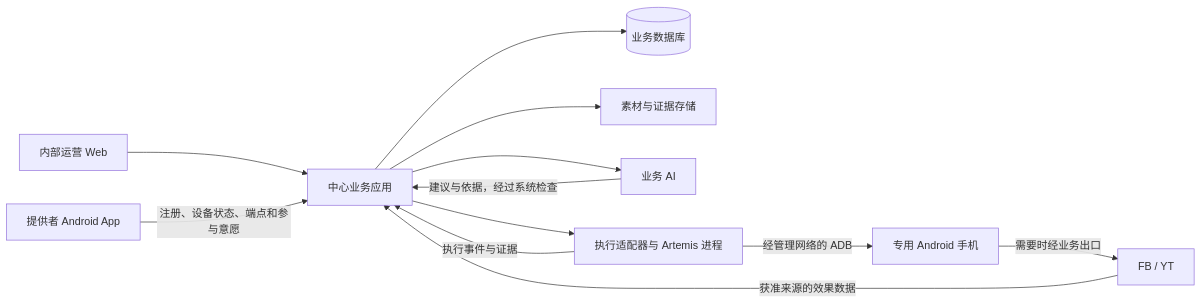
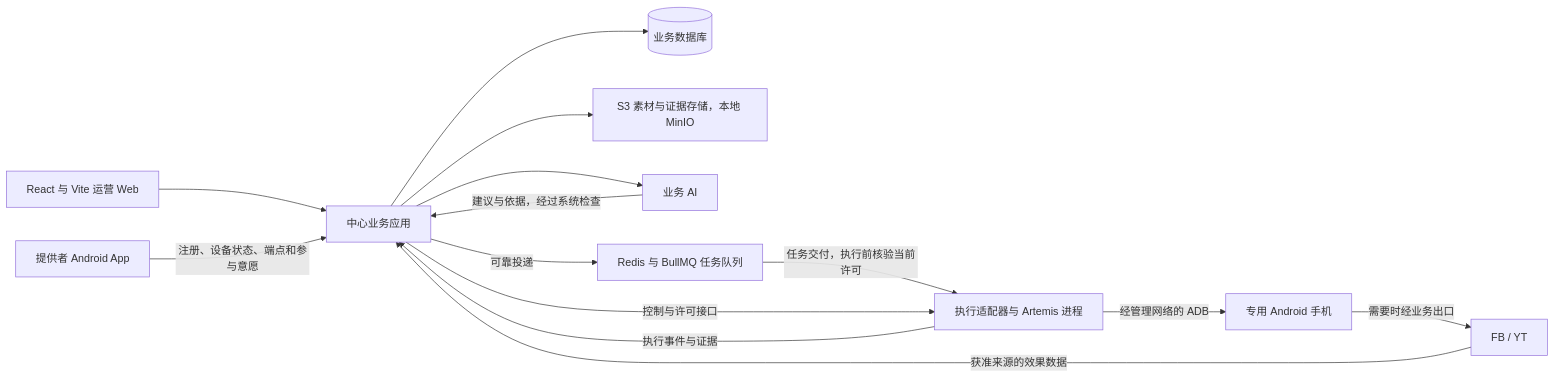
The diagram in docs/technical-design.md (linghuxj/SocialGrowth), drawn with Mermaid before and after one commit. The commit also changed other lines of this file and 96 other files, not shown here.

````diff
--- a/docs/technical-design.md
+++ b/docs/technical-design.md
@@ -9,14 +15,16 @@
 ```mermaid
 flowchart LR
-    O[内部运营 Web] --> C[中心业务应用]
+    O[React 与 Vite 运营 Web] --> C[中心业务应用]
     A[提供者 Android App] -->|注册、设备状态、端点和参与意愿| C
     C --> D[(业务数据库)]
-    C --> S[素材与证据存储]
+    C --> S[S3 素材与证据存储，本地 MinIO]
     C --> B[业务 AI]
     B -->|建议与依据，经过系统检查| C
-    C --> R[执行适配器与 Artemis 进程]
+    C -->|可靠投递| Q[Redis 与 BullMQ 任务队列]
+    Q -->|任务交付，执行前核验当前许可| R[执行适配器与 Artemis 进程]
+    C -->|控制与许可接口| R
     R -->|经管理网络的 ADB| P[专用 Android 手机]
     R -->|执行事件与证据| C
     P -->|需要时经业务出口| F[FB / YT]
     F -->|获准来源的效果数据| C
 ```
````
